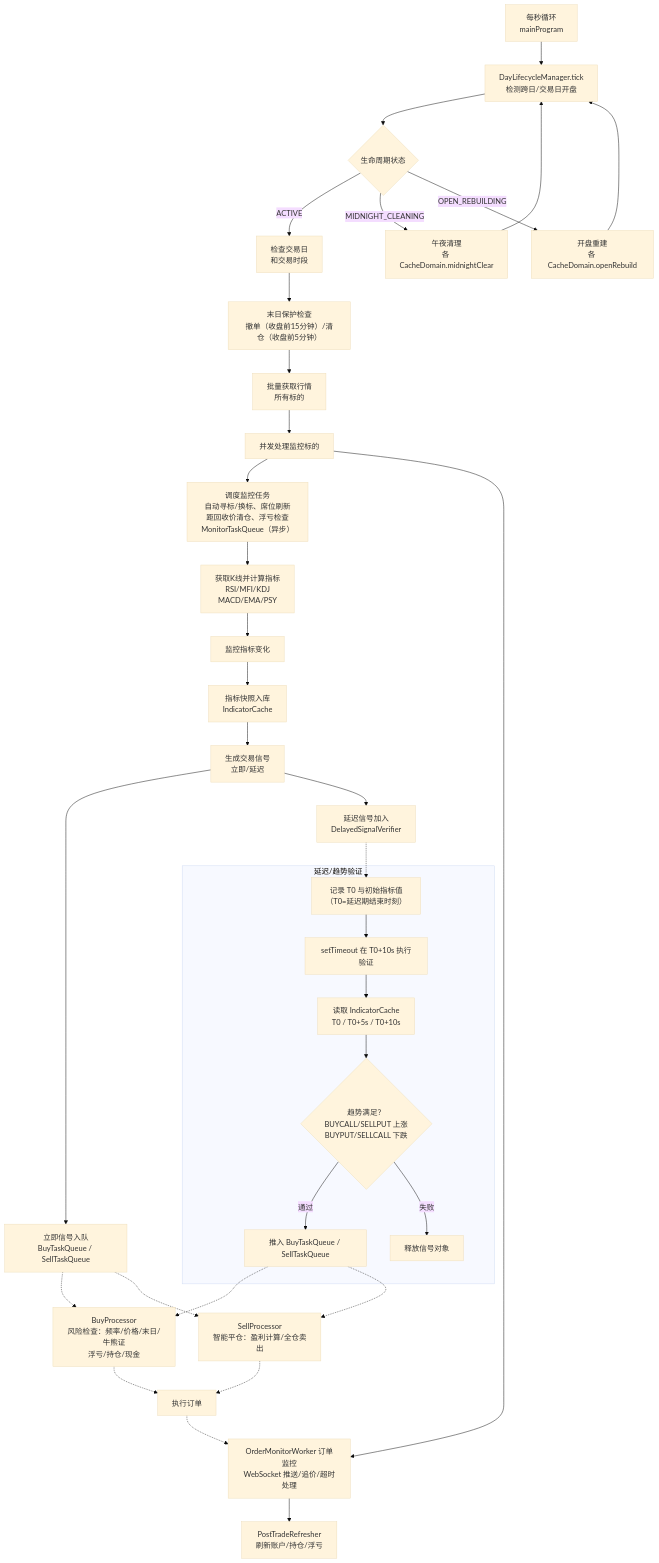
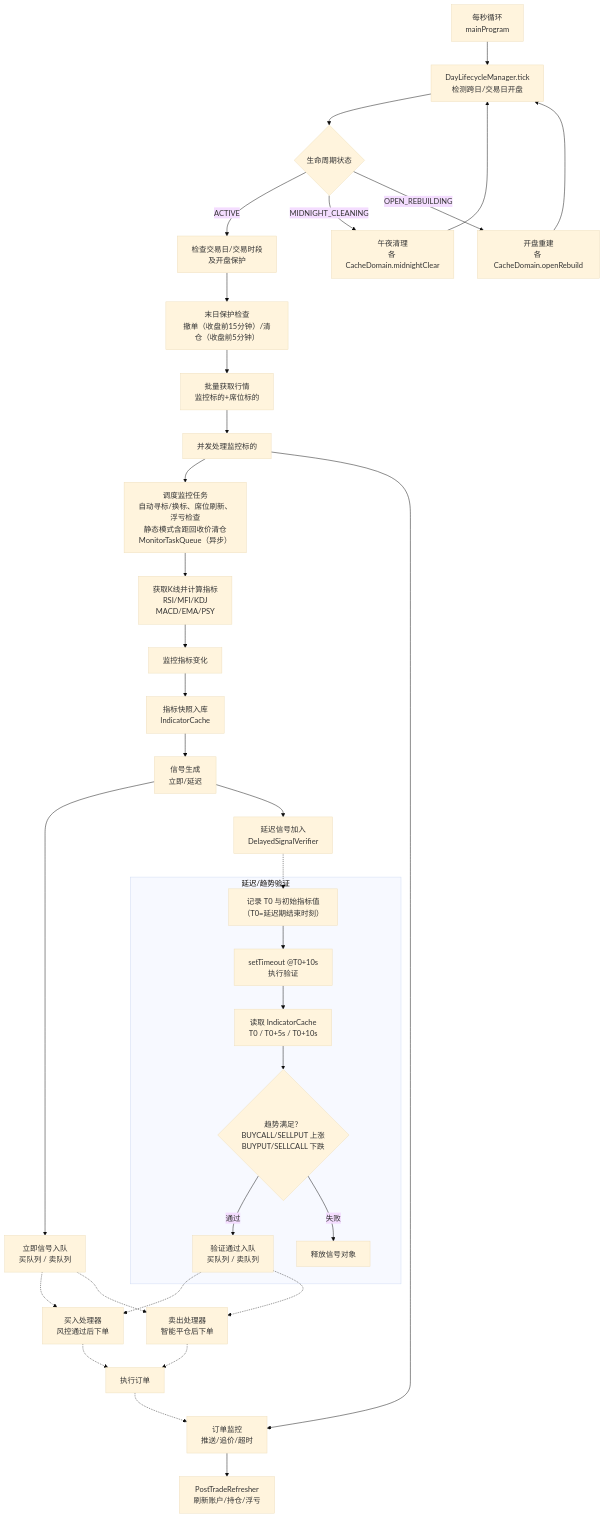
One commit to zhengyongjie16/Longbridge-Quantitative-Trading changed the diagram in README.md. Above: the diagram before and after it, drawn with Mermaid (base theme). The commit also changed other lines of this file and 4 other files, not shown here.

````diff
--- a/README.md
+++ b/README.md
@@ -332,39 +333,39 @@
 ```mermaid
 graph TD
   A["每秒循环<br/>mainProgram"] --> A1["DayLifecycleManager.tick<br/>检测跨日/交易日开盘"]
   A1 --> A2{"生命周期状态"}
-  A2 -->|ACTIVE| B["检查交易日<br/>和交易时段"]
+  A2 -->|ACTIVE| B["检查交易日/交易时段<br/>及开盘保护"]
   A2 -->|MIDNIGHT_CLEANING| A3["午夜清理<br/>各 CacheDomain.midnightClear"]
   A2 -->|OPEN_REBUILDING| A4["开盘重建<br/>各 CacheDomain.openRebuild"]
   A3 --> A1
   A4 --> A1
   B --> C["末日保护检查<br/>撤单（收盘前15分钟）/清仓（收盘前5分钟）"]
-  C --> D["批量获取行情<br/>所有标的"]
+  C --> D["批量获取行情<br/>监控标的+席位标的"]
   D --> E["并发处理监控标的"]
-  E --> E1["调度监控任务<br/>自动寻标/换标、席位刷新<br/>距回收价清仓、浮亏检查<br/>MonitorTaskQueue（异步）"]
+  E --> E1["调度监控任务<br/>自动寻标/换标、席位刷新、浮亏检查<br/>静态模式含距回收价清仓<br/>MonitorTaskQueue（异步）"]
   E1 --> E2["获取K线并计算指标<br/>RSI/MFI/KDJ<br/>MACD/EMA/PSY"]
   E2 --> E3["监控指标变化"]
   E3 --> E4["指标快照入库<br/>IndicatorCache"]
-  E4 --> E5["生成交易信号<br/>立即/延迟"]
-  E5 --> F1["立即信号入队<br/>BuyTaskQueue / SellTaskQueue"]
+  E4 --> E5["信号生成<br/>立即/延迟"]
+  E5 --> F1["立即信号入队<br/>买队列 / 卖队列"]
   E5 --> F2["延迟信号加入<br/>DelayedSignalVerifier"]
-  F1 -.-> G1["BuyProcessor<br/>风险检查：频率/价格/末日/牛熊证<br/>浮亏/持仓/现金"]
-  F1 -.-> G2["SellProcessor<br/>智能平仓：盈利计算/全仓卖出"]
+  F1 -.-> G1["买入处理器<br/>风控通过后下单"]
+  F1 -.-> G2["卖出处理器<br/>智能平仓后下单"]
   G1 -.-> I["执行订单"]
   G2 -.-> I
-  E --> J["OrderMonitorWorker 订单监控<br/>WebSocket 推送/追价/超时处理"]
+  E --> J["订单监控<br/>推送/追价/超时"]
   J --> K["PostTradeRefresher<br/>刷新账户/持仓/浮亏"]
   I -.-> J
 
   subgraph DS ["延迟/趋势验证"]
-    D1["记录 T0 与初始指标值<br/>（T0=延迟期结束时刻）"] --> D2["setTimeout 在 T0+10s 执行验证"]
+    D1["记录 T0 与初始指标值<br/>（T0=延迟期结束时刻）"] --> D2["setTimeout @T0+10s<br/>执行验证"]
     D2 --> D3["读取 IndicatorCache<br/>T0 / T0+5s / T0+10s"]
     D3 --> D4{"趋势满足？<br/>BUYCALL/SELLPUT 上涨<br/>BUYPUT/SELLCALL 下跌"}
-    D4 -->|通过| D5["推入 BuyTaskQueue / SellTaskQueue"]
+    D4 -->|通过| D5["验证通过入队<br/>买队列 / 卖队列"]
     D4 -->|失败| D6["释放信号对象"]
   end
 
   F2 -.-> D1
   D5 -.-> G1
   D5 -.-> G2
 ```
````
